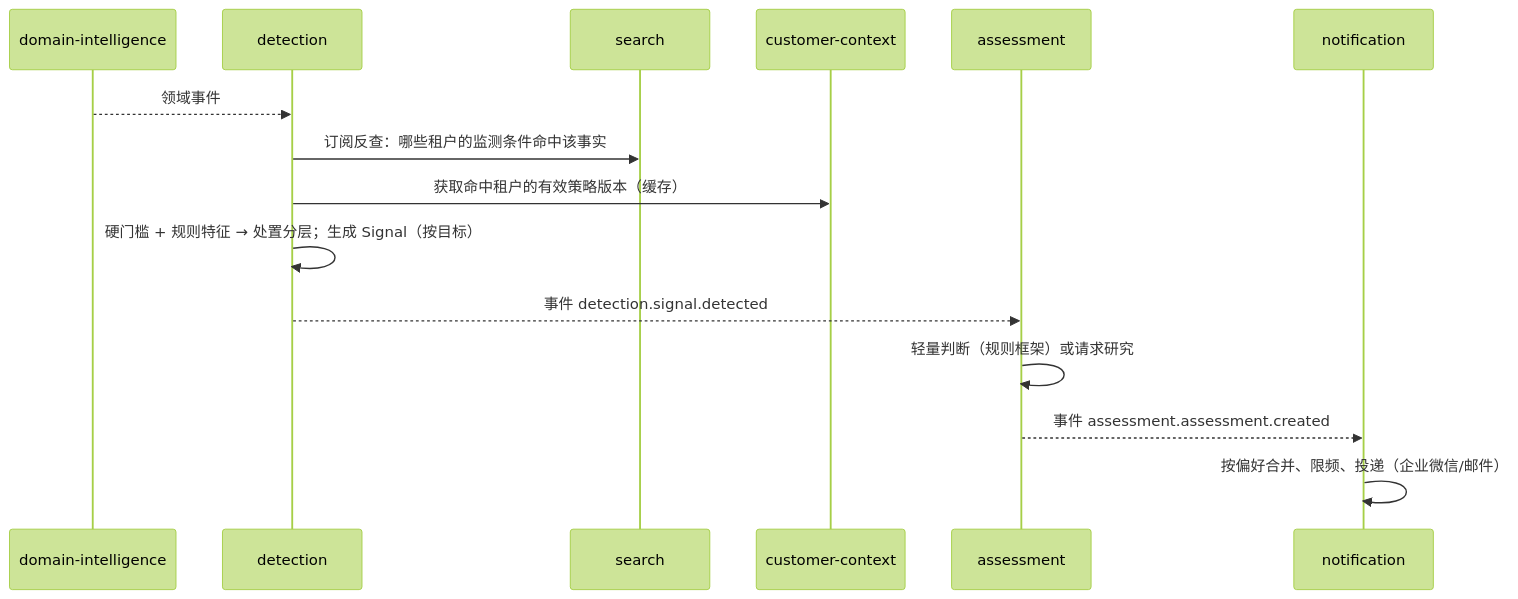
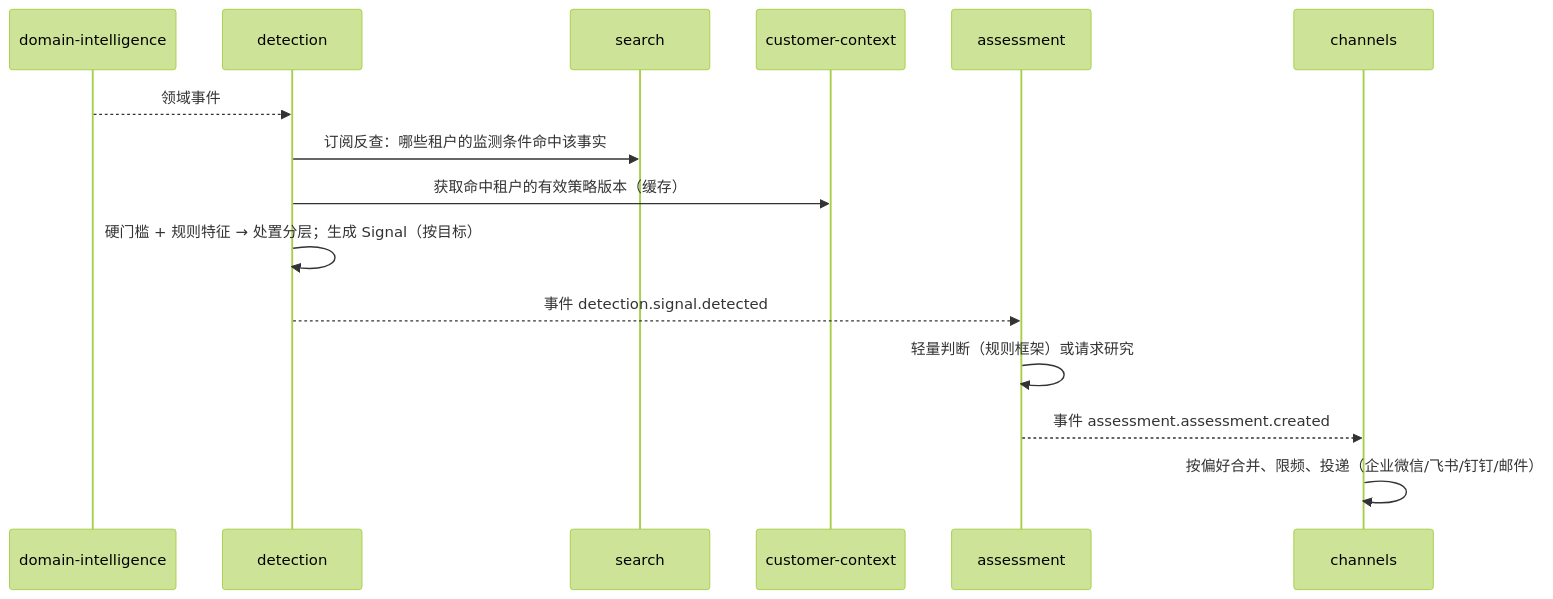
Before and after one commit to SuperAILabs/MiaoQia: the third of 4 diagrams in docs/03-architecture/01-architecture-overview.md, drawn with Mermaid (forest theme). The commit also changed other lines of this file and 23 other files, not shown here.

````diff
--- a/docs/03-architecture/01-architecture-overview.md
+++ b/docs/03-architecture/01-architecture-overview.md
@@ -161,17 +162,17 @@
 ```mermaid
 sequenceDiagram
   participant DOM as domain-intelligence
   participant DET as detection
   participant SRH as search
   participant CTX as customer-context
   participant ASM as assessment
-  participant NTF as notification
+  participant NTF as channels
   DOM-->>DET: 领域事件
   DET->>SRH: 订阅反查：哪些租户的监测条件命中该事实
   DET->>CTX: 获取命中租户的有效策略版本（缓存）
   DET->>DET: 硬门槛 + 规则特征 → 处置分层；生成 Signal（按目标）
   DET-->>ASM: 事件 detection.signal.detected
   ASM->>ASM: 轻量判断（规则框架）或请求研究
   ASM-->>NTF: 事件 assessment.assessment.created
-  NTF->>NTF: 按偏好合并、限频、投递（企业微信/邮件）
+  NTF->>NTF: 按偏好合并、限频、投递（企业微信/飞书/钉钉/邮件）
 ```
````
